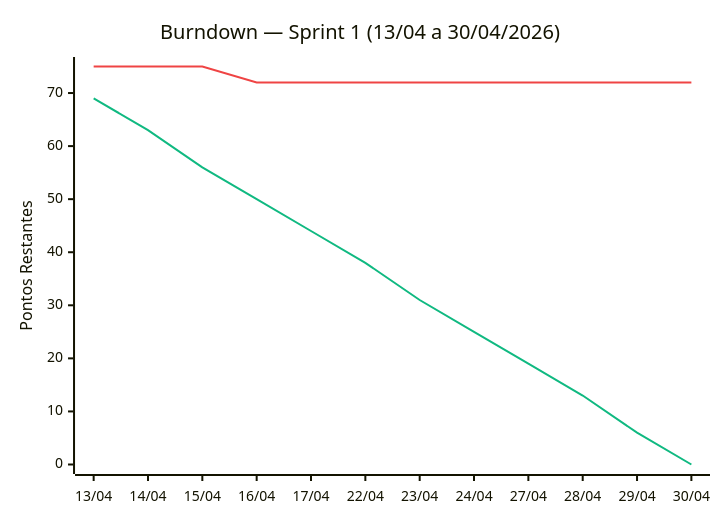
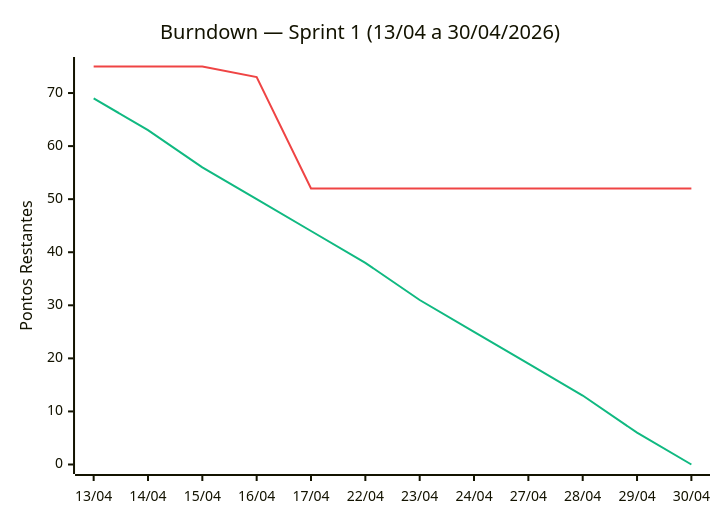
Before and after one commit to DEVassos/scrum-flow-abp: the diagram in docs/scrum/sprint-1/sprint-1.md, drawn with Mermaid. The commit also changed other lines of this file and 1 other file, not shown here.

````diff
--- a/docs/scrum/sprint-1/sprint-1.md
+++ b/docs/scrum/sprint-1/sprint-1.md
@@ -68,10 +68,10 @@
 ```mermaid
 xychart-beta
     title "Burndown — Sprint 1 (13/04 a 30/04/2026)"
     x-axis ["13/04", "14/04", "15/04", "16/04", "17/04", "22/04", "23/04", "24/04", "27/04", "28/04", "29/04", "30/04"]
     y-axis "Pontos Restantes" 0 --> 75
     line [69, 63, 56, 50, 44, 38, 31, 25, 19, 13, 6, 0]
-    line [75, 75, 75, 72, 72, 72, 72, 72, 72, 72, 72, 72]
+    line [75, 75, 75, 73, 52, 52, 52, 52, 52, 52, 52, 52]
     
     %%{init: {'themeVariables': {'xyChart': {'plotColorPalette': '#10b981, #ef4444'}}, 'legend': {'visible': true}}}%%
 ```
````
